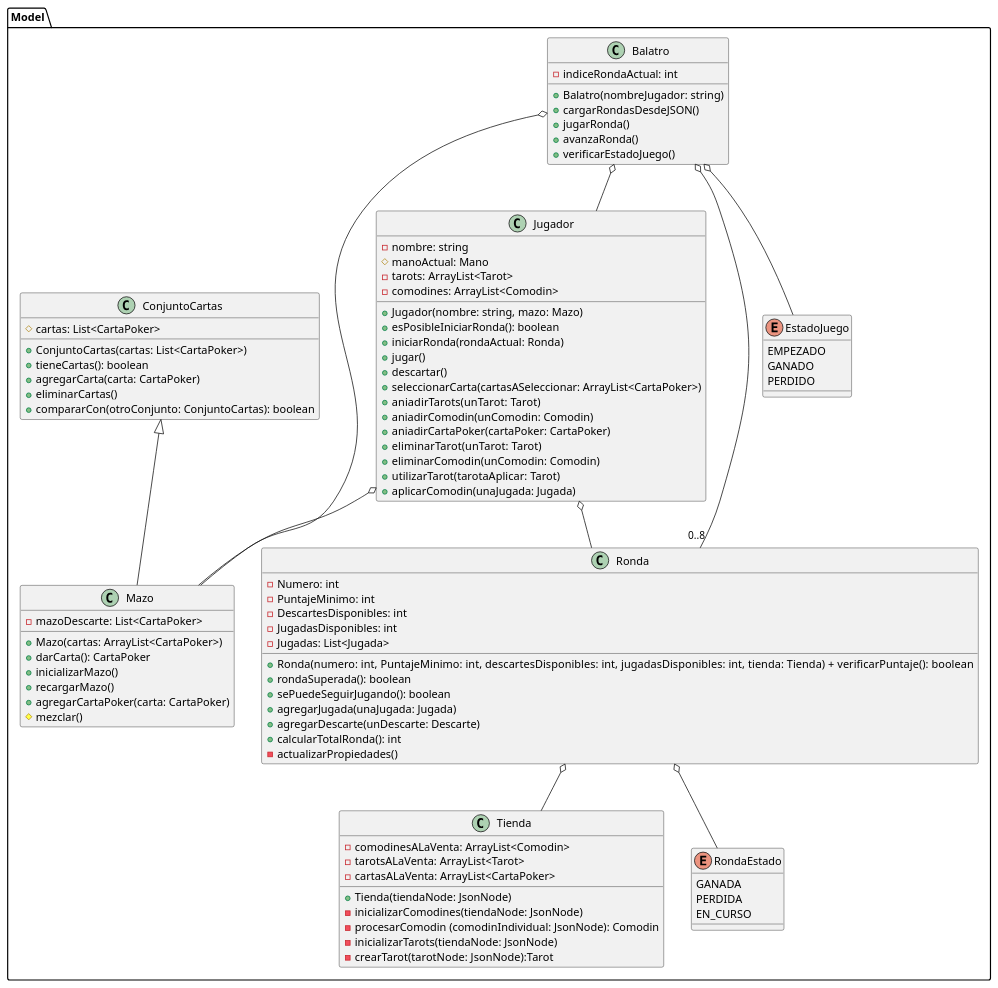
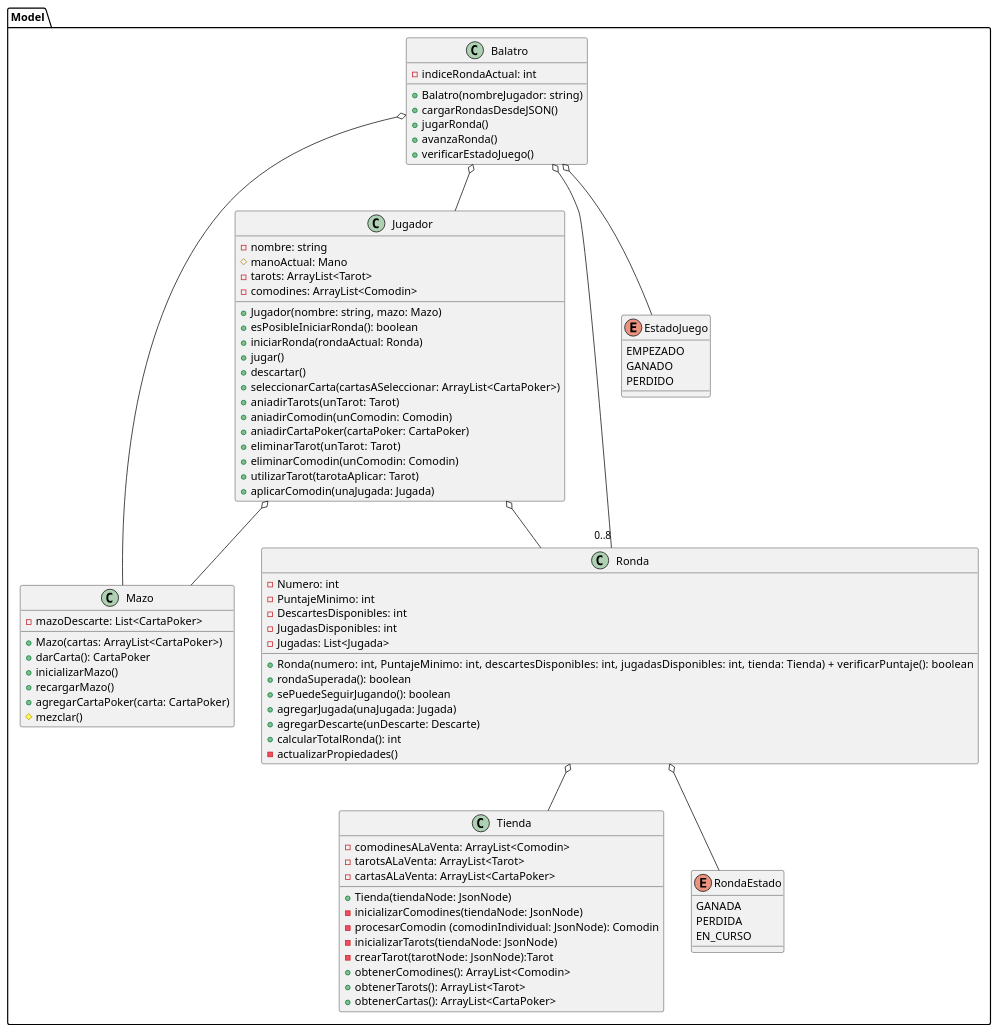
The diagram in diagrams/classes/clasesBalatro1.puml (carruizdiaz1109/UBAlatro), drawn with PlantUML before and after one commit. The commit also changed 1 other file, not shown here.

Commit message:
actualizo diagrama de clase 1

```diff
--- a/diagrams/classes/clasesBalatro1.puml
+++ b/diagrams/classes/clasesBalatro1.puml
@@ -1,110 +1,100 @@
 @startuml
 
 package Model {
 
 class Balatro {
     - indiceRondaActual: int
 
     + Balatro(nombreJugador: string)
     + cargarRondasDesdeJSON()
     + jugarRonda()
     + avanzaRonda()
     + verificarEstadoJuego()
 }
 
 class Mazo {
    - mazoDescarte: List<CartaPoker>
 
    + Mazo(cartas: ArrayList<CartaPoker>)
    + darCarta(): CartaPoker
    + inicializarMazo()
    + recargarMazo()
    + agregarCartaPoker(carta: CartaPoker)
    # mezclar()
 }
-
-class ConjuntoCartas{
-   # cartas: List<CartaPoker>
-
-   + ConjuntoCartas(cartas: List<CartaPoker>)
-   + tieneCartas(): boolean
-   + agregarCarta(carta: CartaPoker)
-   + eliminarCartas()
-   + compararCon(otroConjunto: ConjuntoCartas): boolean
-}
-
 
 class Jugador {
     - nombre: string
     # manoActual: Mano
     - tarots: ArrayList<Tarot>
     - comodines: ArrayList<Comodin>
 
     + Jugador(nombre: string, mazo: Mazo)
     + esPosibleIniciarRonda(): boolean
     + iniciarRonda(rondaActual: Ronda)
     + jugar()
     + descartar()
     + seleccionarCarta(cartasASeleccionar: ArrayList<CartaPoker>)
     + aniadirTarots(unTarot: Tarot)
     + aniadirComodin(unComodin: Comodin)
     + aniadirCartaPoker(cartaPoker: CartaPoker)
     + eliminarTarot(unTarot: Tarot)
     + eliminarComodin(unComodin: Comodin)
     + utilizarTarot(tarotaAplicar: Tarot)
     + aplicarComodin(unaJugada: Jugada)
 }
 
 class Tienda {
     - comodinesALaVenta: ArrayList<Comodin>
     - tarotsALaVenta: ArrayList<Tarot>
     - cartasALaVenta: ArrayList<CartaPoker>
 
     + Tienda(tiendaNode: JsonNode)
     - inicializarComodines(tiendaNode: JsonNode)
     - procesarComodin (comodinIndividual: JsonNode): Comodin
     - inicializarTarots(tiendaNode: JsonNode)
     - crearTarot(tarotNode: JsonNode):Tarot
+    + obtenerComodines(): ArrayList<Comodin>
+    + obtenerTarots(): ArrayList<Tarot>
+    + obtenerCartas(): ArrayList<CartaPoker>
 }
 
 class Ronda {
     - Numero: int
     - PuntajeMinimo: int
     - DescartesDisponibles: int
     - JugadasDisponibles: int
     - Jugadas: List<Jugada>
 
     + Ronda(numero: int, PuntajeMinimo: int, descartesDisponibles: int, jugadasDisponibles: int, tienda: Tienda)    + verificarPuntaje(): boolean
     + rondaSuperada(): boolean
     + sePuedeSeguirJugando(): boolean
     + agregarJugada(unaJugada: Jugada)
     + agregarDescarte(unDescarte: Descarte)
     + calcularTotalRonda(): int
     - actualizarPropiedades()
 }
 
 enum EstadoJuego {
     EMPEZADO
     GANADO
     PERDIDO
 }
 
 enum RondaEstado {
         GANADA
         PERDIDA
         EN_CURSO
 }
 
 Balatro o-- "0..8" Ronda
 Balatro o-- Jugador
 Balatro o-- EstadoJuego
 Balatro o-- Mazo
 
-ConjuntoCartas <|-down- Mazo
-
 Jugador o-- Ronda
 Jugador o-- Mazo
 Ronda o-- Tienda
 Ronda o-- RondaEstado
 }
 @enduml
```
